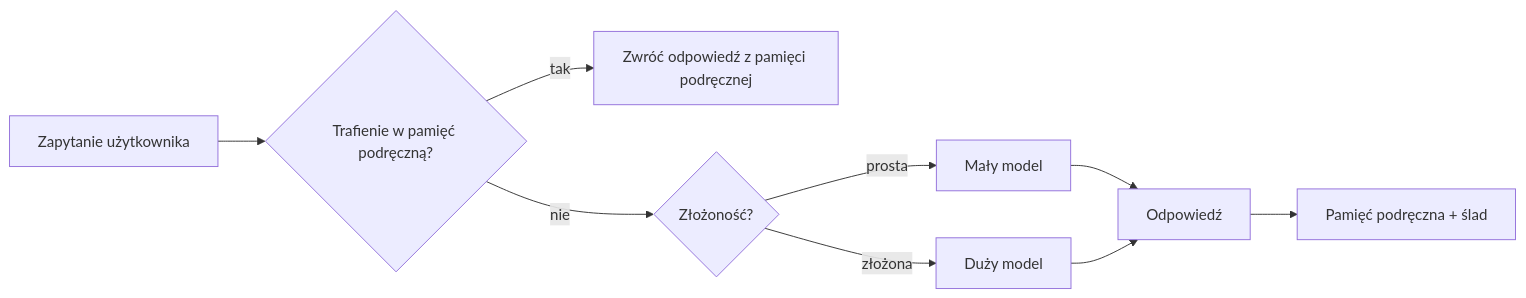
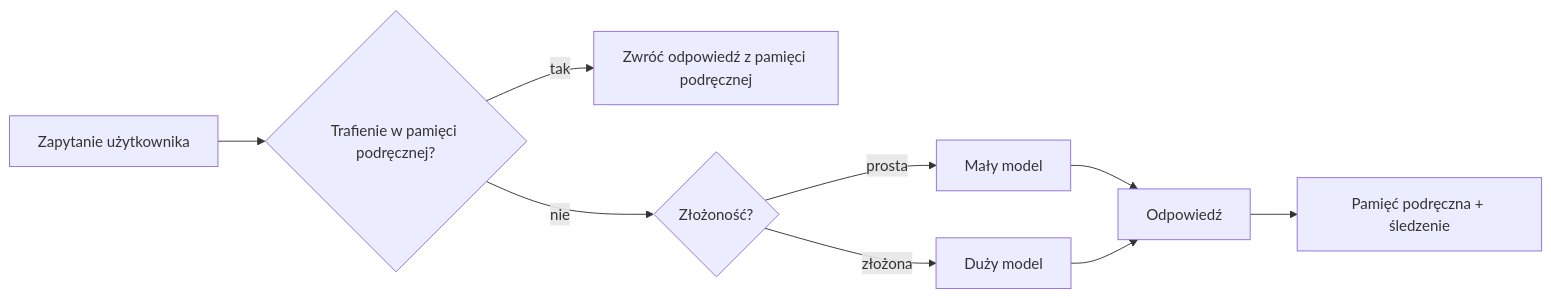
Before and after one commit to gabrielmoreira/agent-skills-mirror: the third of 4 diagrams in mirrors/repos/microsoft@ai-agents-for-beginners/translations/pl/16-deploying-scalable-agents/README.md, drawn with Mermaid. The commit also changed other lines of this file and 4262 other files, not shown here.

````diff
--- a/mirrors/repos/microsoft@ai-agents-for-beginners/translations/pl/16-deploying-scalable-agents/README.md
+++ b/mirrors/repos/microsoft@ai-agents-for-beginners/translations/pl/16-deploying-scalable-agents/README.md
@@ -134,11 +134,11 @@
 ```mermaid
 flowchart LR
-    Q[Zapytanie użytkownika] --> C{Trafienie w pamięć podręczną?}
+    Q[Zapytanie użytkownika] --> C{Trafienie w pamięci podręcznej?}
     C -->|tak| R[Zwróć odpowiedź z pamięci podręcznej]
     C -->|nie| Router{Złożoność?}
     Router -->|prosta| SLM[Mały model]
     Router -->|złożona| LLM[Duży model]
     SLM --> Out[Odpowiedź]
     LLM --> Out
-    Out --> Store[Pamięć podręczna + ślad]
+    Out --> Store[Pamięć podręczna + śledzenie]
 ```
````
